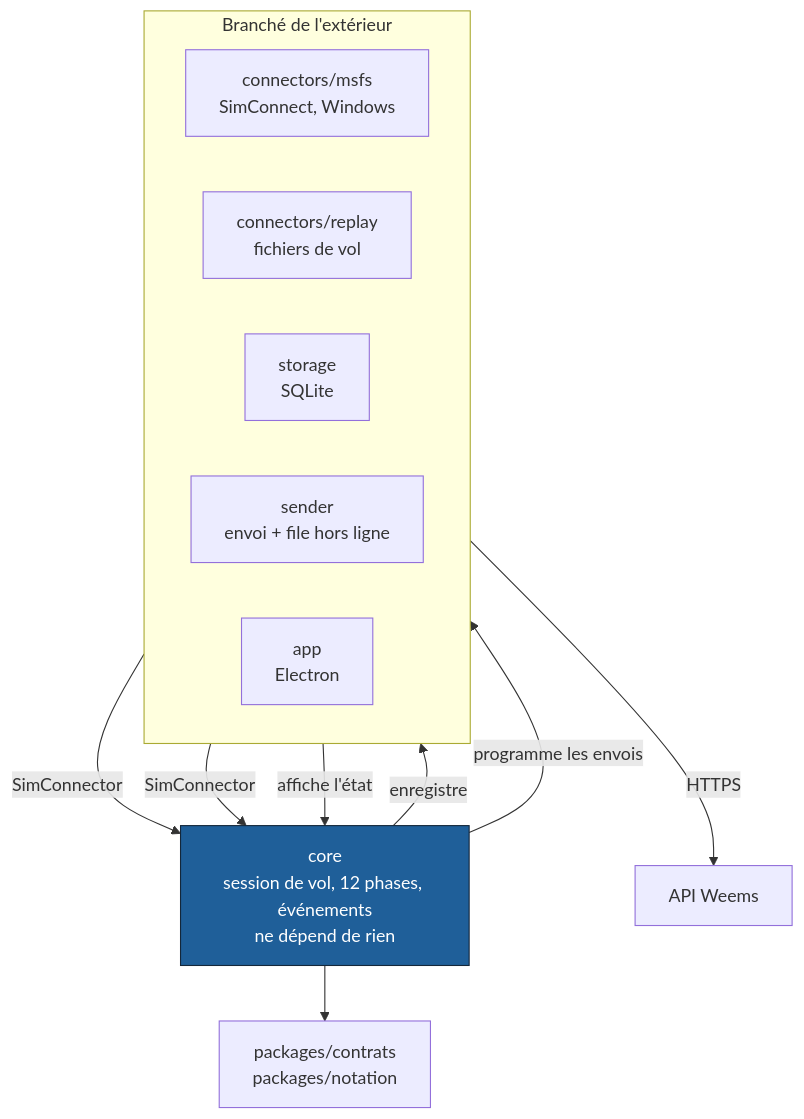
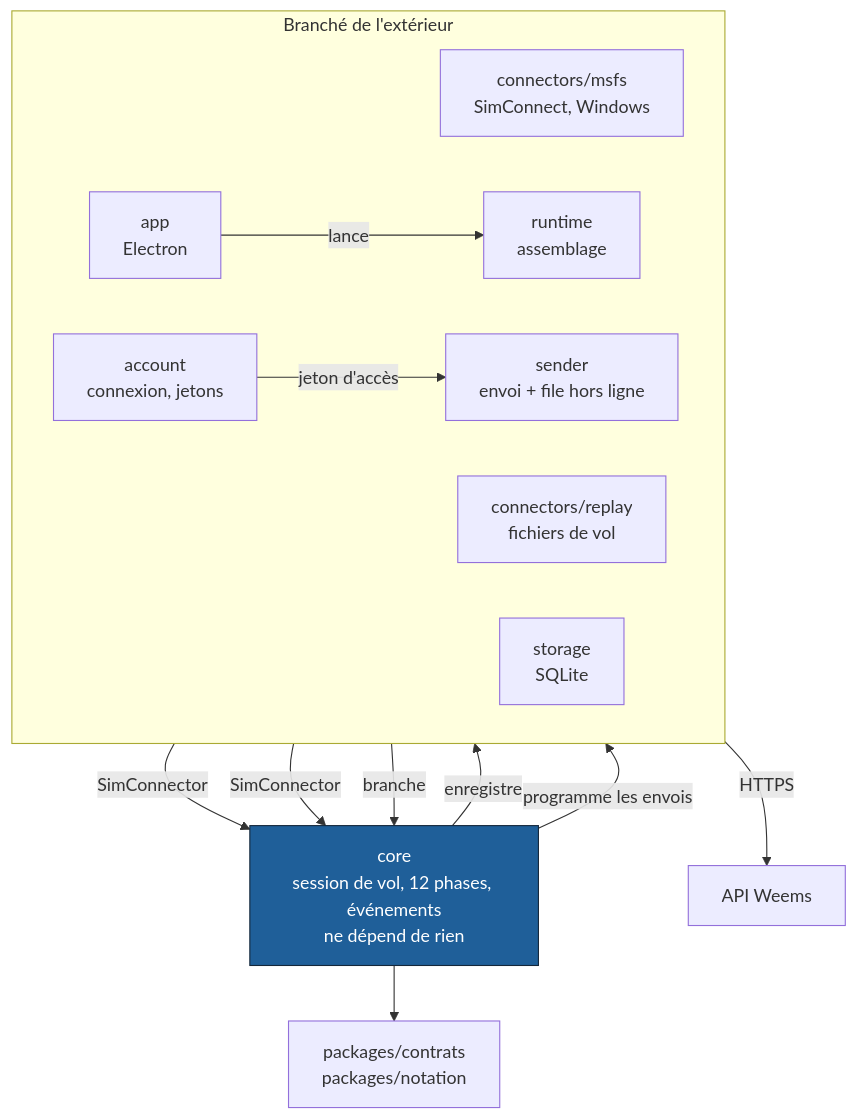
One commit to tetardo/weems changed the diagram in docs/schemas/tracker-modules.mmd. Above: the diagram before and after it, drawn with Mermaid. The commit also changed 2 other files, not shown here.

Commit message:
docs(tracker): architecture interne à jour (runtime/, account/, fly/, règle vérifiée par dependency-cruiser)
Claude-Session: https://claude.ai/code/session_01N46qzWzWcy6mV233yzvu8B

```diff
--- a/docs/schemas/tracker-modules.mmd
+++ b/docs/schemas/tracker-modules.mmd
@@ -1,19 +1,23 @@
 flowchart TB
   subgraph EXT["Branché de l'extérieur"]
     direction LR
     MS["connectors/msfs<br/>SimConnect, Windows"]
     RP["connectors/replay<br/>fichiers de vol"]
     ST["storage<br/>SQLite"]
     SE["sender<br/>envoi + file hors ligne"]
     APP["app<br/>Electron"]
+    ACC["account<br/>connexion, jetons"]
+    RT["runtime<br/>assemblage"]
   end
   CORE["core<br/>session de vol, 12 phases, événements<br/>ne dépend de rien"]
   MS -- "SimConnector" --> CORE
   RP -- "SimConnector" --> CORE
   CORE -- "enregistre" --> ST
   CORE -- "programme les envois" --> SE
-  APP -- "affiche l'état" --> CORE
+  RT -- "branche" --> CORE
+  APP -- "lance" --> RT
+  ACC -- "jeton d'accès" --> SE
   CORE --> PK["packages/contrats<br/>packages/notation"]
   SE -- "HTTPS" --> API["API Weems"]
   classDef core fill:#1F5F99,color:#FFFFFF,stroke:#14273A
   class CORE core
```
